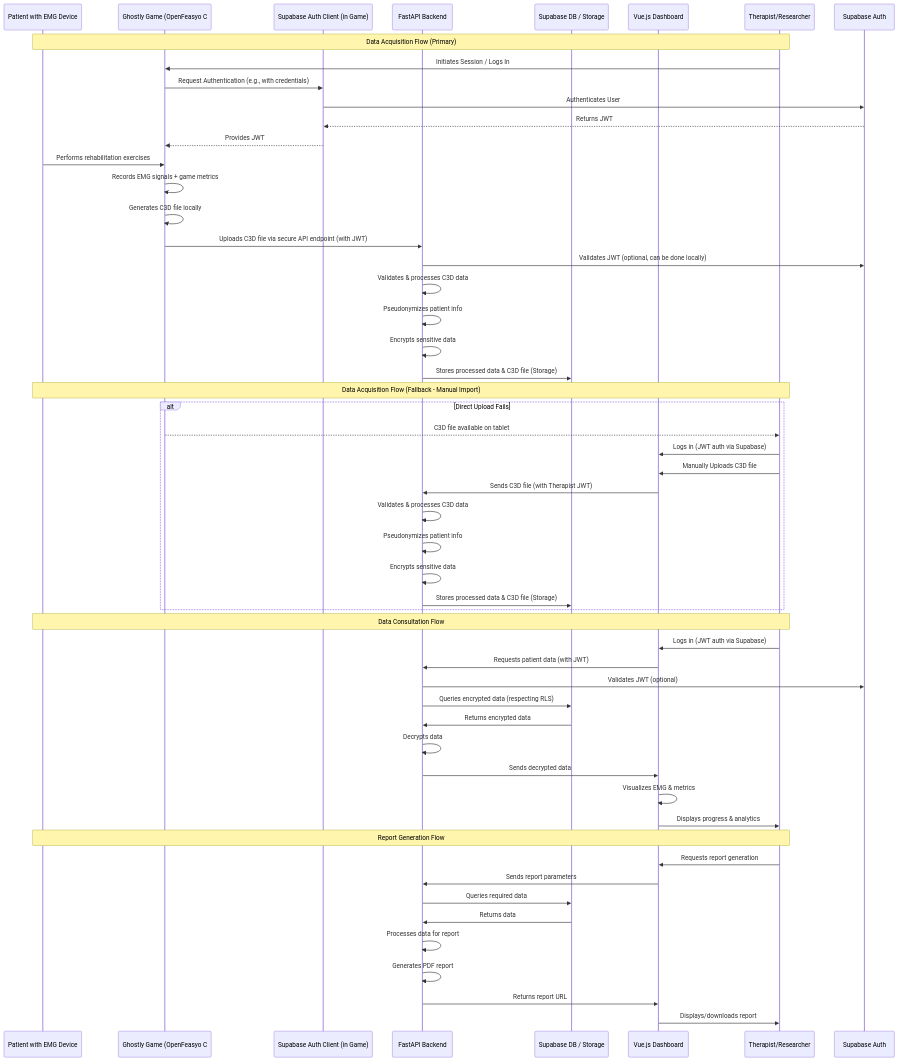
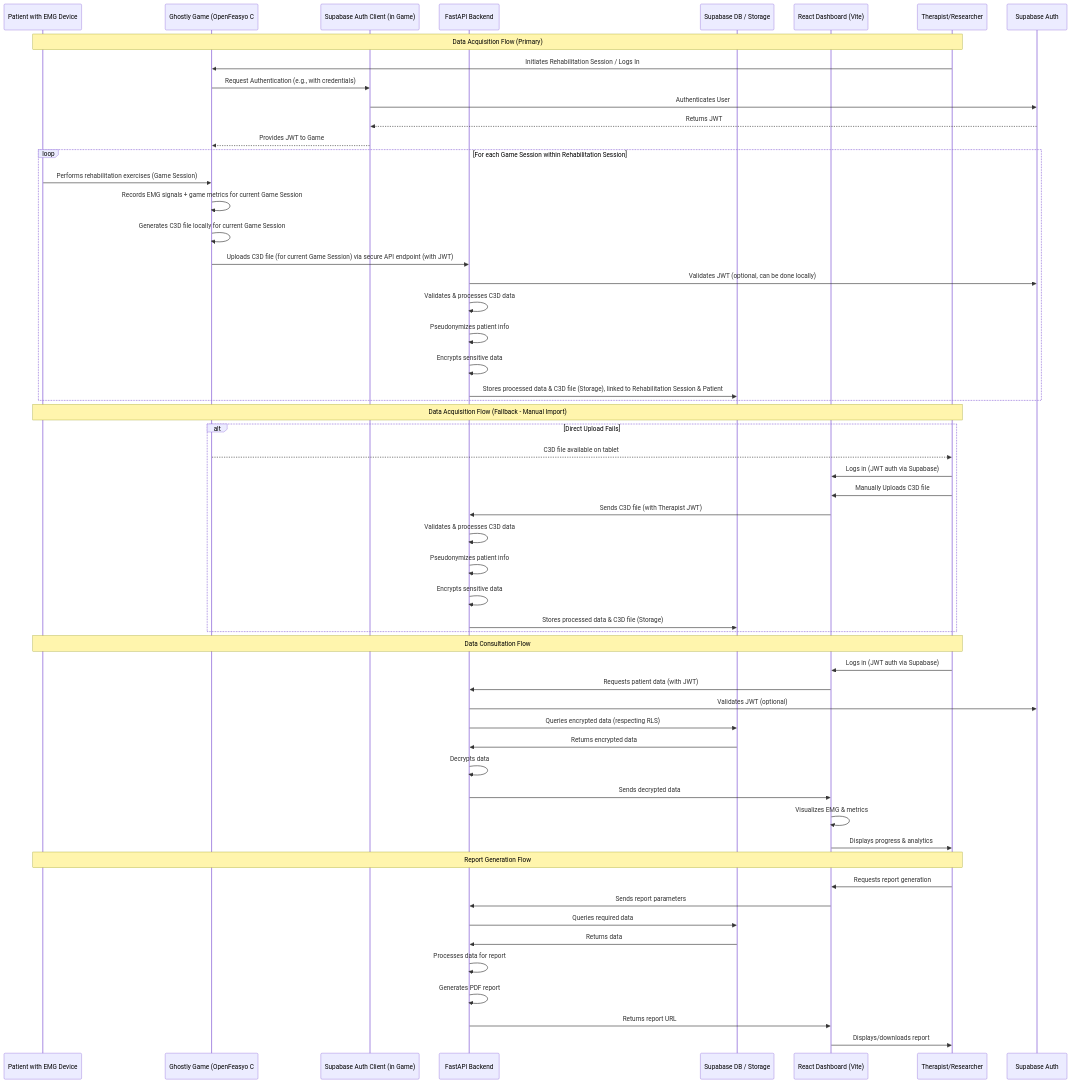
The diagram in docs/00_PROJECT_DEFINITION/prd.md (ggustin93/ghostly-plus-dashboard), drawn with Mermaid before and after one commit. The commit also changed other lines of this file and 8 other files, not shown here.

````diff
--- a/docs/00_PROJECT_DEFINITION/prd.md
+++ b/docs/00_PROJECT_DEFINITION/prd.md
@@ -435,61 +433,63 @@
 ```mermaid
 sequenceDiagram
     participant Patient as Patient with EMG Device
     participant Game as Ghostly Game (OpenFeasyo C#)
     participant AuthClient as Supabase Auth Client (in Game)
     participant Backend as FastAPI Backend
     participant DB as Supabase DB / Storage
-    participant Dashboard as Vue.js Dashboard
+    participant Dashboard as React Dashboard (Vite)
     participant Therapist as Therapist/Researcher
 
     Note over Patient,Therapist: Data Acquisition Flow (Primary)
-    Therapist->>Game: Initiates Session / Logs In
+    Therapist->>Game: Initiates Rehabilitation Session / Logs In
     Game->>AuthClient: Request Authentication (e.g., with credentials)
     AuthClient->>Supabase Auth: Authenticates User
     Supabase Auth-->>AuthClient: Returns JWT
-    AuthClient-->>Game: Provides JWT
+    AuthClient-->>Game: Provides JWT to Game
 
-    Patient->>Game: Performs rehabilitation exercises
-    Game->>Game: Records EMG signals + game metrics
-    Game->>Game: Generates C3D file locally
+    loop For each Game Session within Rehabilitation Session
+        Patient->>Game: Performs rehabilitation exercises (Game Session)
+        Game->>Game: Records EMG signals + game metrics for current Game Session
+        Game->>Game: Generates C3D file locally for current Game Session
 
-    Game->>Backend: Uploads C3D file via secure API endpoint (with JWT)
-    Backend->>Supabase Auth: Validates JWT (optional, can be done locally)
-    Backend->>Backend: Validates & processes C3D data
-    Backend->>Backend: Pseudonymizes patient info
-    Backend->>Backend: Encrypts sensitive data
-    Backend->>DB: Stores processed data & C3D file (Storage)
+        Game->>Backend: Uploads C3D file (for current Game Session) via secure API endpoint (with JWT)
+        Backend->>Supabase Auth: Validates JWT (optional, can be done locally)
+        Backend->>Backend: Validates & processes C3D data
+        Backend->>Backend: Pseudonymizes patient info
+        Backend->>Backend: Encrypts sensitive data
+        Backend->>DB: Stores processed data & C3D file (Storage), linked to Rehabilitation Session & Patient
+    end
 
     Note over Patient,Therapist: Data Acquisition Flow (Fallback - Manual Import)
     alt Direct Upload Fails
         Game-->>Therapist: C3D file available on tablet
         Therapist->>Dashboard: Logs in (JWT auth via Supabase)
         Therapist->>Dashboard: Manually Uploads C3D file
         Dashboard->>Backend: Sends C3D file (with Therapist JWT)
         Backend->>Backend: Validates & processes C3D data
         Backend->>Backend: Pseudonymizes patient info
         Backend->>Backend: Encrypts sensitive data
         Backend->>DB: Stores processed data & C3D file (Storage)
     end
 
     Note over Patient,Therapist: Data Consultation Flow
     Therapist->>Dashboard: Logs in (JWT auth via Supabase)
     Dashboard->>Backend: Requests patient data (with JWT)
     Backend->>Supabase Auth: Validates JWT (optional)
     Backend->>DB: Queries encrypted data (respecting RLS)
     DB->>Backend: Returns encrypted data
     Backend->>Backend: Decrypts data
     Backend->>Dashboard: Sends decrypted data
     Dashboard->>Dashboard: Visualizes EMG & metrics
     Dashboard->>Therapist: Displays progress & analytics
 
     Note over Patient,Therapist: Report Generation Flow
     Therapist->>Dashboard: Requests report generation
     Dashboard->>Backend: Sends report parameters
     Backend->>DB: Queries required data
     DB->>Backend: Returns data
     Backend->>Backend: Processes data for report
     Backend->>Backend: Generates PDF report
     Backend->>Dashboard: Returns report URL
     Dashboard->>Therapist: Displays/downloads report
 ```
````
